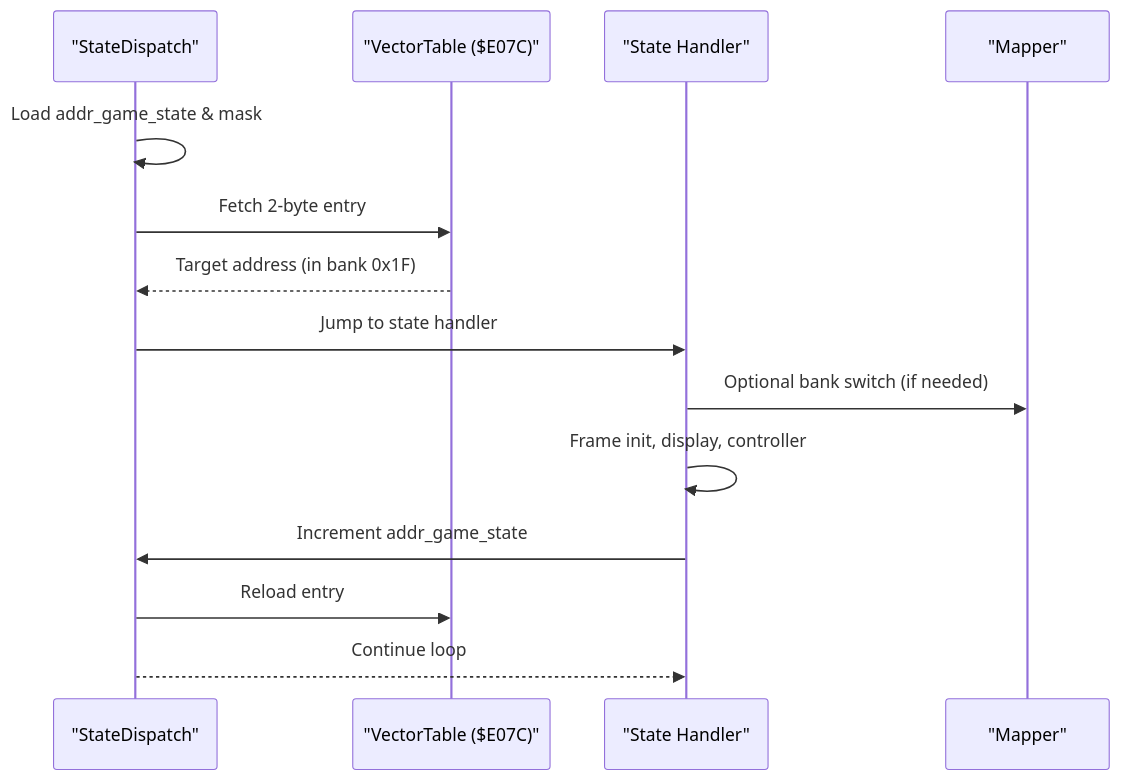
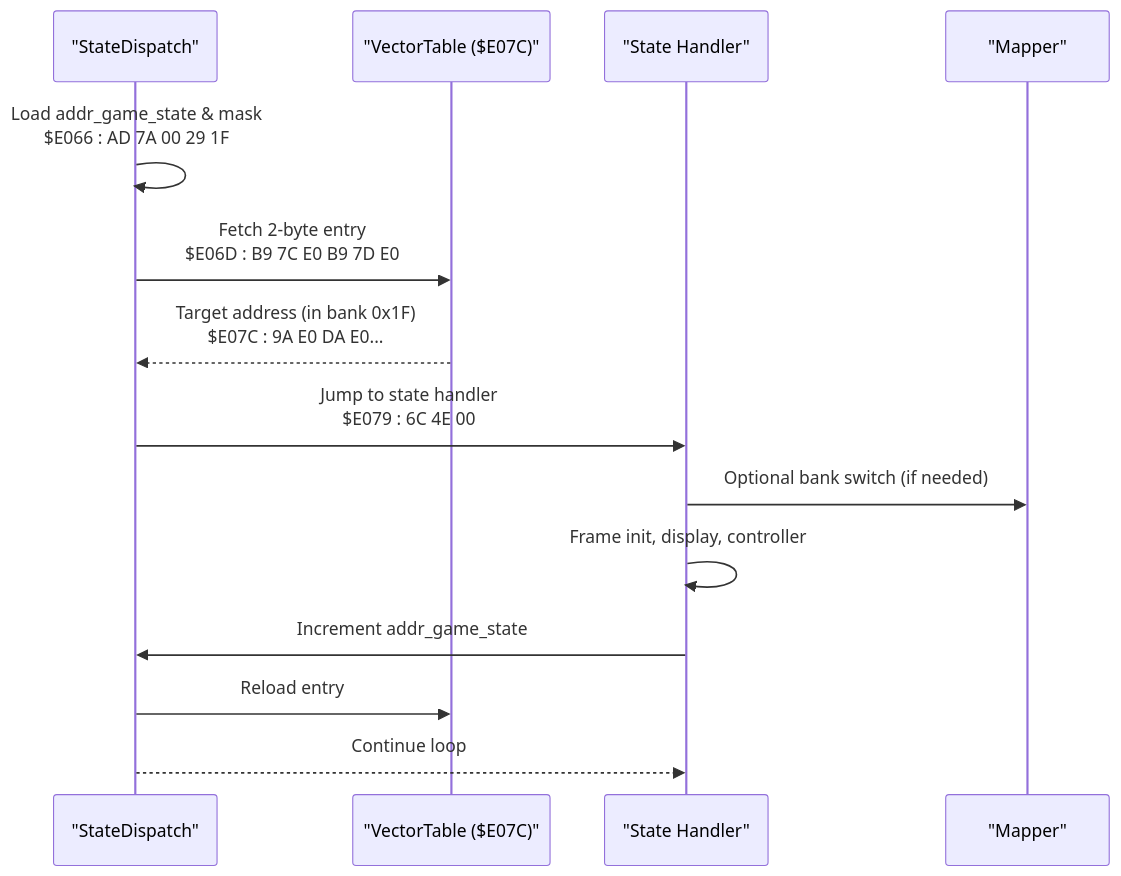
One commit to rabbyzero/sango2dasm changed the fifth of 9 diagrams in .qoder/repowiki/en/content/Assembly Architecture/Assembly Architecture.md. Above: the diagram before and after it, drawn with Mermaid. The commit also changed other lines of this file and 26 other files, not shown here.

````diff
--- a/.qoder/repowiki/en/content/Assembly Architecture/Assembly Architecture.md
+++ b/.qoder/repowiki/en/content/Assembly Architecture/Assembly Architecture.md
@@ -191,16 +237,16 @@
 ```mermaid
 sequenceDiagram
 participant DIS as "StateDispatch"
 participant VT as "VectorTable ($E07C)"
 participant SH as "State Handler"
 participant MAP as "Mapper"
-DIS->>DIS : Load addr_game_state & mask
-DIS->>VT : Fetch 2-byte entry
-VT-->>DIS : Target address (in bank 0x1F)
-DIS->>SH : Jump to state handler
+DIS->>DIS : Load addr_game_state & mask<br/>$E066 : AD 7A 00 29 1F
+DIS->>VT : Fetch 2-byte entry<br/>$E06D : B9 7C E0 B9 7D E0
+VT-->>DIS : Target address (in bank 0x1F)<br/>$E07C : 9A E0 DA E0...
+DIS->>SH : Jump to state handler<br/>$E079 : 6C 4E 00
 SH->>MAP : Optional bank switch (if needed)
 SH->>SH : Frame init, display, controller
 SH->>DIS : Increment addr_game_state
 DIS->>VT : Reload entry
 DIS-->>SH : Continue loop
 ```
````
